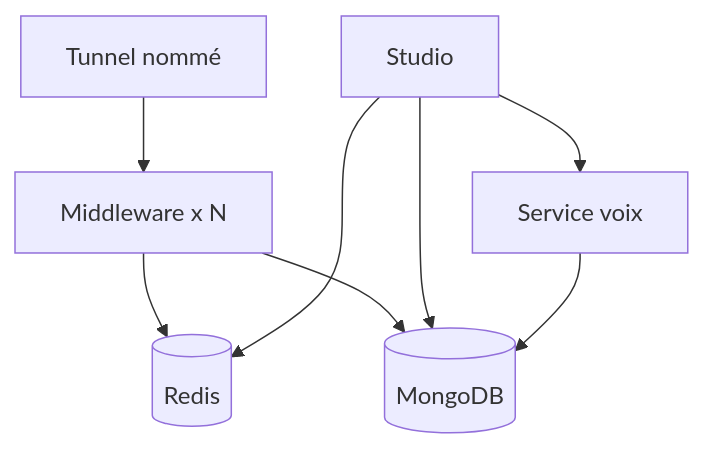
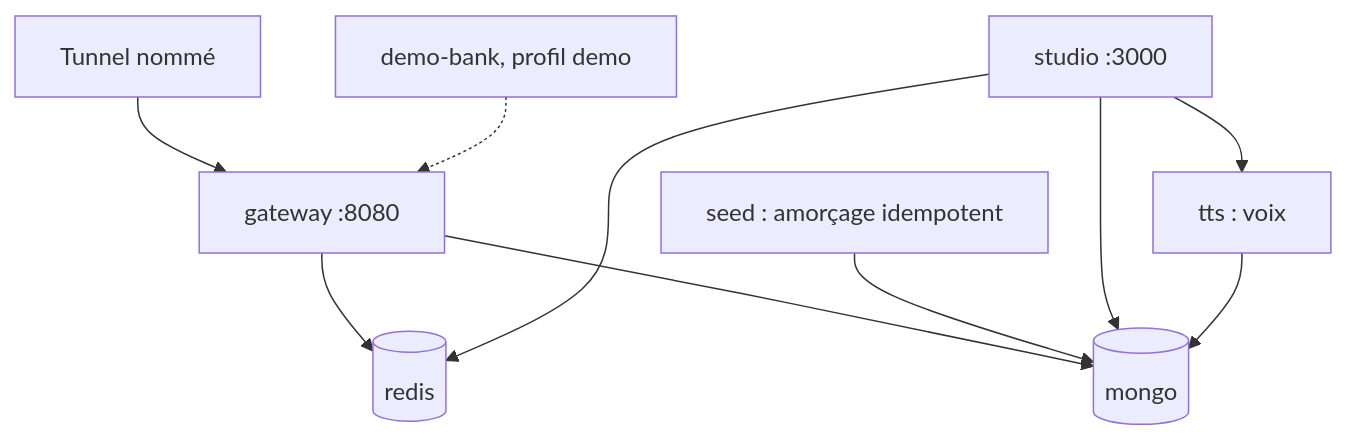
One commit to junguck/nkaplingua changed the eighth of 8 diagrams in docs/ARCHITECTURE.md. Above: the diagram before and after it, drawn with Mermaid. The commit also changed other lines of this file and 17 other files, not shown here.

````diff
--- a/docs/ARCHITECTURE.md
+++ b/docs/ARCHITECTURE.md
@@ -253,10 +255,12 @@
 ```mermaid
 flowchart TB
-    CF[Tunnel nommé] --> MW1[Middleware x N]
-    MW1 --> RD[(Redis)]
-    MW1 --> MG[(MongoDB)]
-    ST[Studio] --> MG
+    CF[Tunnel nommé] --> GW[gateway :8080]
+    GW --> RD[(redis)]
+    GW --> MG[(mongo)]
+    SD[seed : amorçage idempotent] --> MG
+    ST[studio :3000] --> MG
     ST --> RD
-    ST --> TTS[Service voix]
+    ST --> TTS[tts : voix]
     TTS --> MG
+    DB[demo-bank, profil demo] -.-> GW
 ```
````
